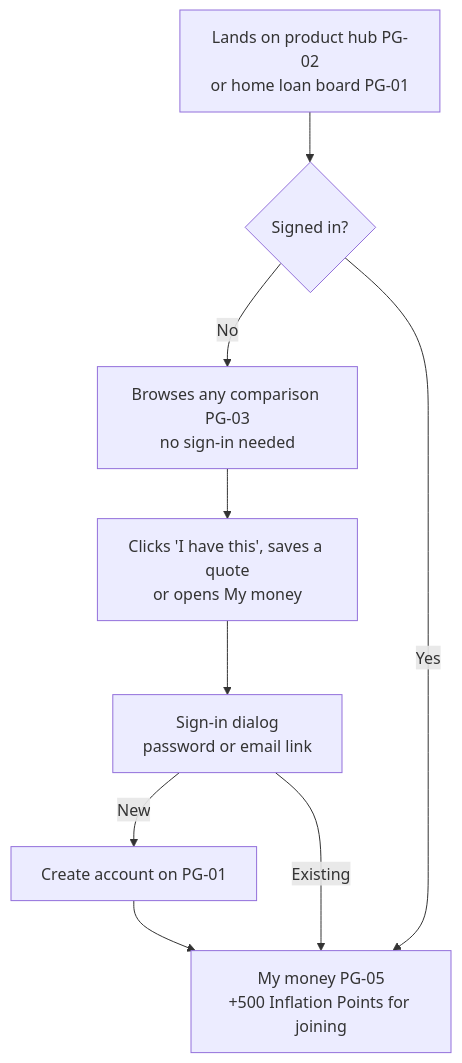
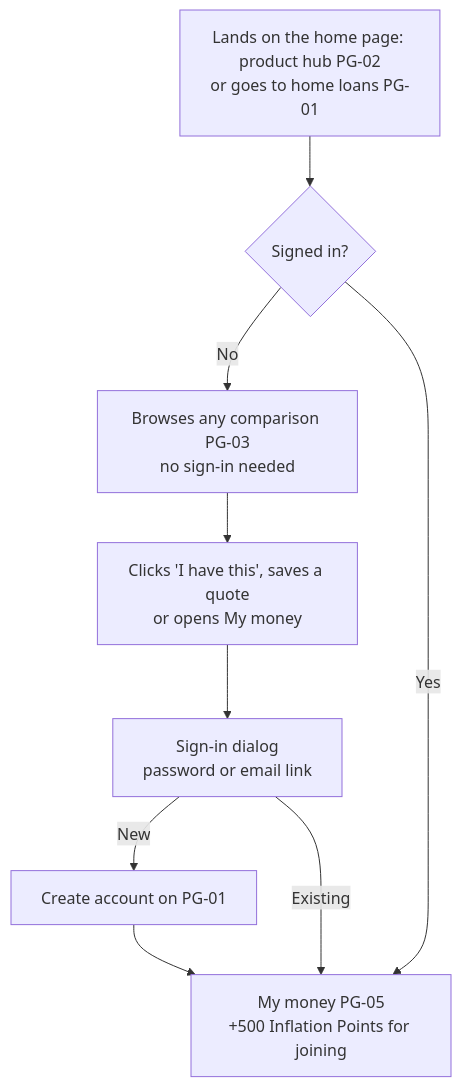
Before and after one commit to rate-board/rate-board: the first of 7 diagrams in docs/FLOWS.md, drawn with Mermaid. The commit also changed other lines of this file and 19 other files, not shown here.

First line of the commit message:
Make the product hub the home page; home loans moves to home-loans.html

````diff
--- a/docs/FLOWS.md
+++ b/docs/FLOWS.md
@@ -13,11 +13,11 @@
 ```mermaid
 flowchart TD
-  a[Lands on product hub PG-02<br/>or home loan board PG-01] --> b{Signed in?}
+  a[Lands on the home page: product hub PG-02<br/>or goes to home loans PG-01] --> b{Signed in?}
   b -- No --> c[Browses any comparison PG-03<br/>no sign-in needed]
   c --> d[Clicks 'I have this', saves a quote<br/>or opens My money]
   d --> e[Sign-in dialog<br/>password or email link]
   e -- New --> f[Create account on PG-01]
   f --> g[My money PG-05<br/>+500 Inflation Points for joining]
   e -- Existing --> g
   b -- Yes --> g
 ```
````
